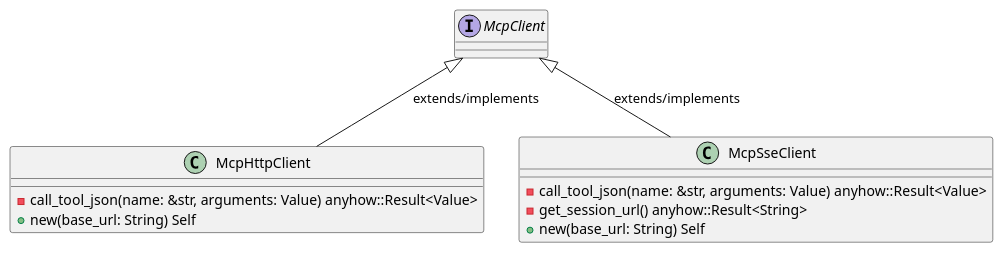
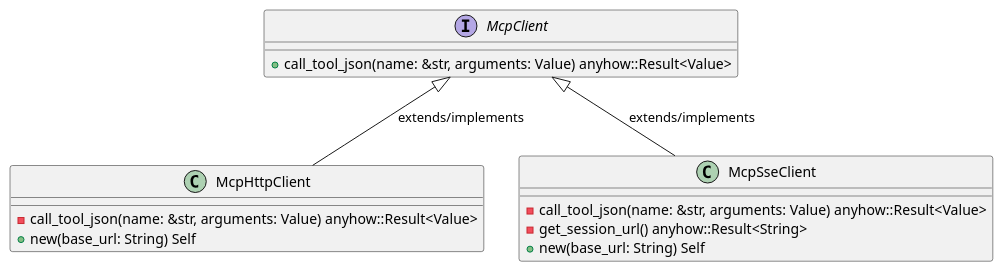
The first of 6 diagrams in openwiki/crates_factory_infrastructure_src_mcp_client.md (lgcorzo/rust_CACD_autonomous_factory), drawn with PlantUML before and after one commit. The commit also changed other lines of this file and 96 other files, not shown here.

````diff
--- a/openwiki/crates_factory_infrastructure_src_mcp_client.md
+++ b/openwiki/crates_factory_infrastructure_src_mcp_client.md
@@ -125,18 +154,19 @@
 ```plantuml
 @startuml
 interface McpClient {
+    +call_tool_json(name: &str, arguments: Value) anyhow::Result<Value>
 }
 class McpHttpClient {
     -call_tool_json(name: &str, arguments: Value) anyhow::Result<Value>
     +new(base_url: String) Self
 }
 McpClient <|-- McpHttpClient : extends/implements
 class McpSseClient {
     -call_tool_json(name: &str, arguments: Value) anyhow::Result<Value>
     -get_session_url() anyhow::Result<String>
     +new(base_url: String) Self
 }
 McpClient <|-- McpSseClient : extends/implements
 @enduml
 
 ```
````
